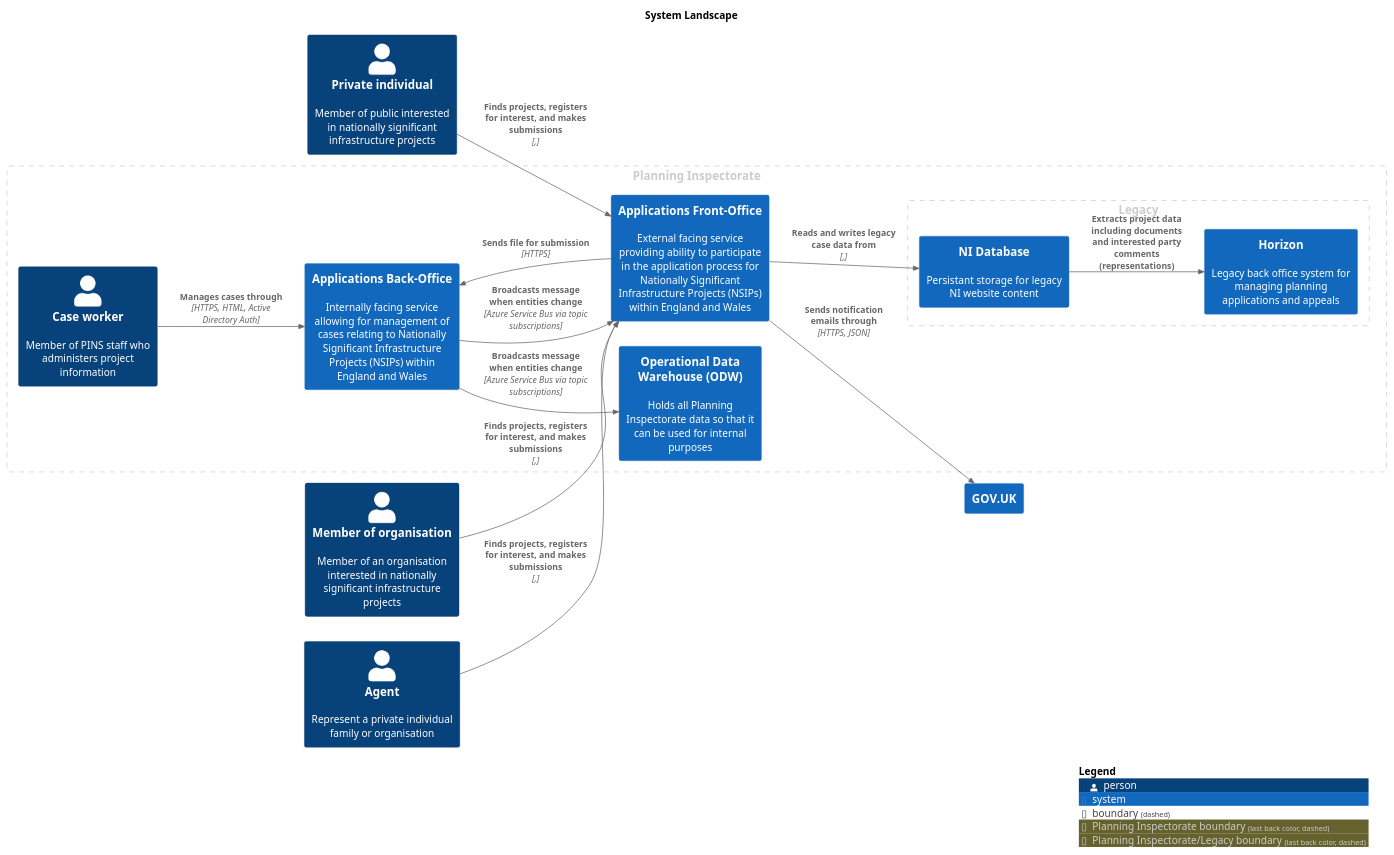
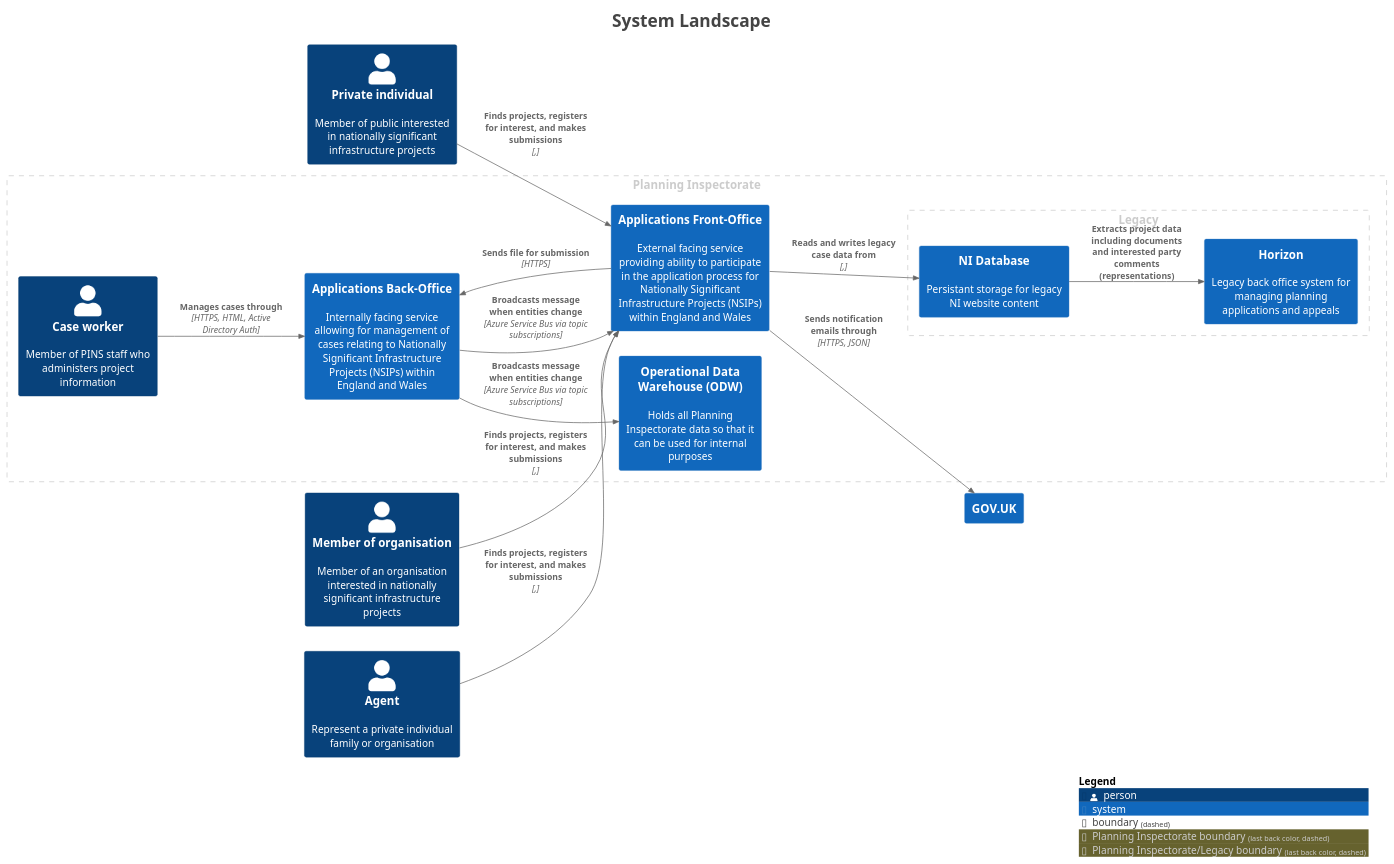
One commit to Planning-Inspectorate/applications-service changed the diagram in master/puml/SystemLandscape.puml. Above: the diagram before and after it, drawn with PlantUML. The commit also changed 64 other files, not shown here.

```diff
--- a/master/puml/SystemLandscape.puml
+++ b/master/puml/SystemLandscape.puml
@@ -1,41 +1,49 @@
 @startuml
+title <size:24>System Landscape</size>
+
 set separator none
-title System Landscape
+left to right direction
 
-left to right direction
+<style>
+  root {
+    BackgroundColor: #ffffff
+    FontColor: #444444
+  }
+</style>
 
 !include <C4/C4>
 !include <C4/C4_Context>
 
 AddBoundaryTag("Planning Inspectorate", $borderColor="#cccccc", $fontColor="#cccccc", $borderStyle="dashed")
 Boundary(group_1, "Planning Inspectorate", $tags="Planning Inspectorate") {
   System(ApplicationsBackOffice, "Applications Back-Office", $descr="Internally facing service allowing for management of cases relating to Nationally Significant Infrastructure Projects (NSIPs) within England and Wales", $tags="", $link="")
   System(OperationalDataWarehouseODW, "Operational Data Warehouse (ODW)", $descr="Holds all Planning Inspectorate data so that it can be used for internal purposes", $tags="", $link="")
   Person(Caseworker, "Case worker", $descr="Member of PINS staff who administers project information", $tags="", $link="")
   System(ApplicationsFrontOffice, "Applications Front-Office", $descr="External facing service providing ability to participate in the application process for Nationally Significant Infrastructure Projects (NSIPs) within England and Wales", $tags="", $link="")
     AddBoundaryTag("Planning Inspectorate/Legacy", $borderColor="#cccccc", $fontColor="#cccccc", $borderStyle="dashed")
     Boundary(group_2, "Legacy", $tags="Planning Inspectorate/Legacy") {
       System(Horizon, "Horizon", $descr="Legacy back office system for managing planning applications and appeals", $tags="", $link="")
       System(NIDatabase, "NI Database", $descr="Persistant storage for legacy NI website content", $tags="", $link="")
     }
 
 }
 
 Person(Privateindividual, "Private individual", $descr="Member of public interested in nationally significant infrastructure projects", $tags="", $link="")
 Person(Memberoforganisation, "Member of organisation", $descr="Member of an organisation interested in nationally significant infrastructure projects", $tags="", $link="")
 Person(Agent, "Agent", $descr="Represent a private individual family or organisation", $tags="", $link="")
 System(GOVUK, "GOV.UK", $descr="", $tags="", $link="")
 
 Rel(ApplicationsFrontOffice, ApplicationsBackOffice, "Sends file for submission", $techn="HTTPS", $tags="", $link="")
 Rel(NIDatabase, Horizon, "Extracts project data including documents and interested party comments (representations)", $techn="", $tags="", $link="")
 Rel(Privateindividual, ApplicationsFrontOffice, "Finds projects, registers for interest, and makes submissions", $techn=",", $tags="", $link="")
 Rel(Memberoforganisation, ApplicationsFrontOffice, "Finds projects, registers for interest, and makes submissions", $techn=",", $tags="", $link="")
 Rel(Agent, ApplicationsFrontOffice, "Finds projects, registers for interest, and makes submissions", $techn=",", $tags="", $link="")
 Rel(Caseworker, ApplicationsBackOffice, "Manages cases through", $techn="HTTPS, HTML, Active Directory Auth", $tags="", $link="")
 Rel(ApplicationsBackOffice, OperationalDataWarehouseODW, "Broadcasts message when entities change", $techn="Azure Service Bus via topic subscriptions", $tags="", $link="")
 Rel(ApplicationsBackOffice, ApplicationsFrontOffice, "Broadcasts message when entities change", $techn="Azure Service Bus via topic subscriptions", $tags="", $link="")
 Rel(ApplicationsFrontOffice, GOVUK, "Sends notification emails through", $techn="HTTPS, JSON", $tags="", $link="")
 Rel(ApplicationsFrontOffice, NIDatabase, "Reads and writes legacy case data from", $techn=",", $tags="", $link="")
 
 SHOW_LEGEND(true)
+hide stereotypes
 @enduml
```
